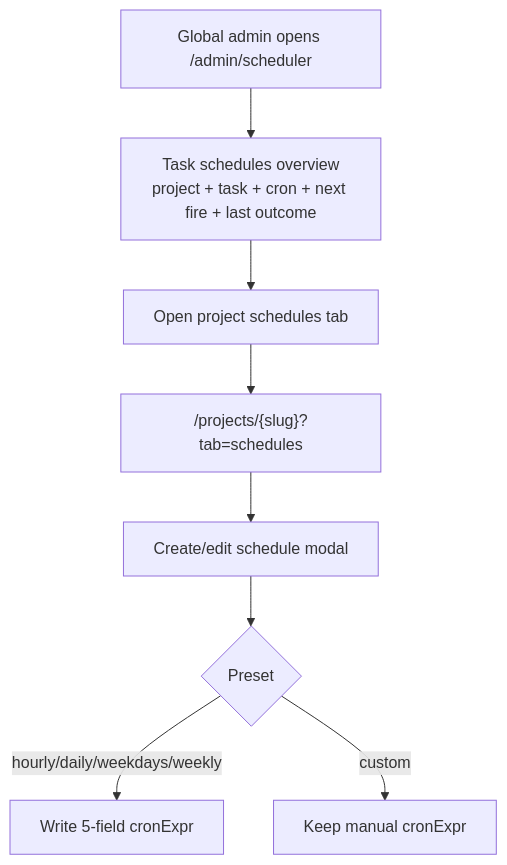
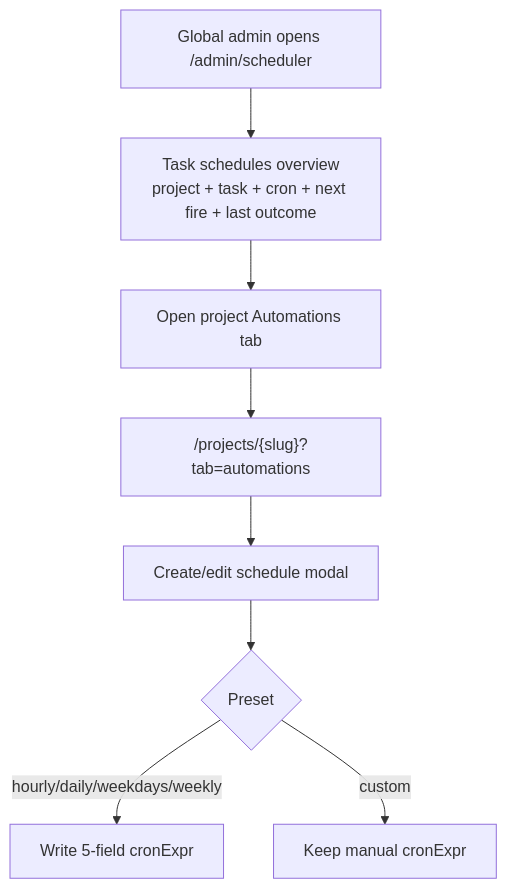
The fifth of 5 diagrams in docs/system-analytics/run-schedules.md (maister-dev/maister), drawn with Mermaid before and after one commit. The commit also changed other lines of this file and 23 other files, not shown here.

````diff
--- a/docs/system-analytics/run-schedules.md
+++ b/docs/system-analytics/run-schedules.md
@@ -191,10 +193,10 @@
 ```mermaid
 flowchart TD
     Admin["Global admin opens /admin/scheduler"] --> Overview["Task schedules overview<br/>project + task + cron + next fire + last outcome"]
-    Overview --> ProjectLink["Open project schedules tab"]
-    ProjectLink --> ProjectSchedules["/projects/{slug}?tab=schedules"]
+    Overview --> ProjectLink["Open project Automations tab"]
+    ProjectLink --> ProjectSchedules["/projects/{slug}?tab=automations"]
     ProjectSchedules --> Edit["Create/edit schedule modal"]
     Edit --> Preset{"Preset"}
     Preset -- hourly/daily/weekdays/weekly --> Cron["Write 5-field cronExpr"]
     Preset -- custom --> Manual["Keep manual cronExpr"]
 ```
````
